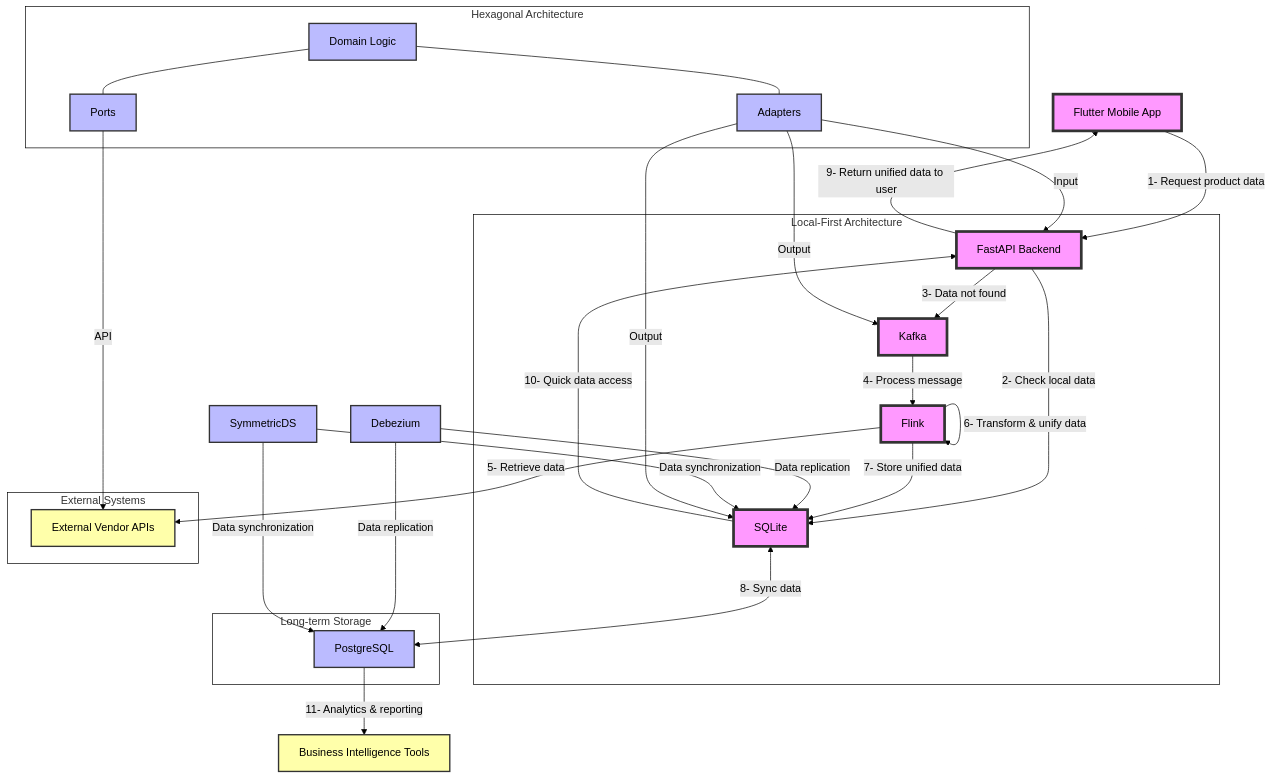
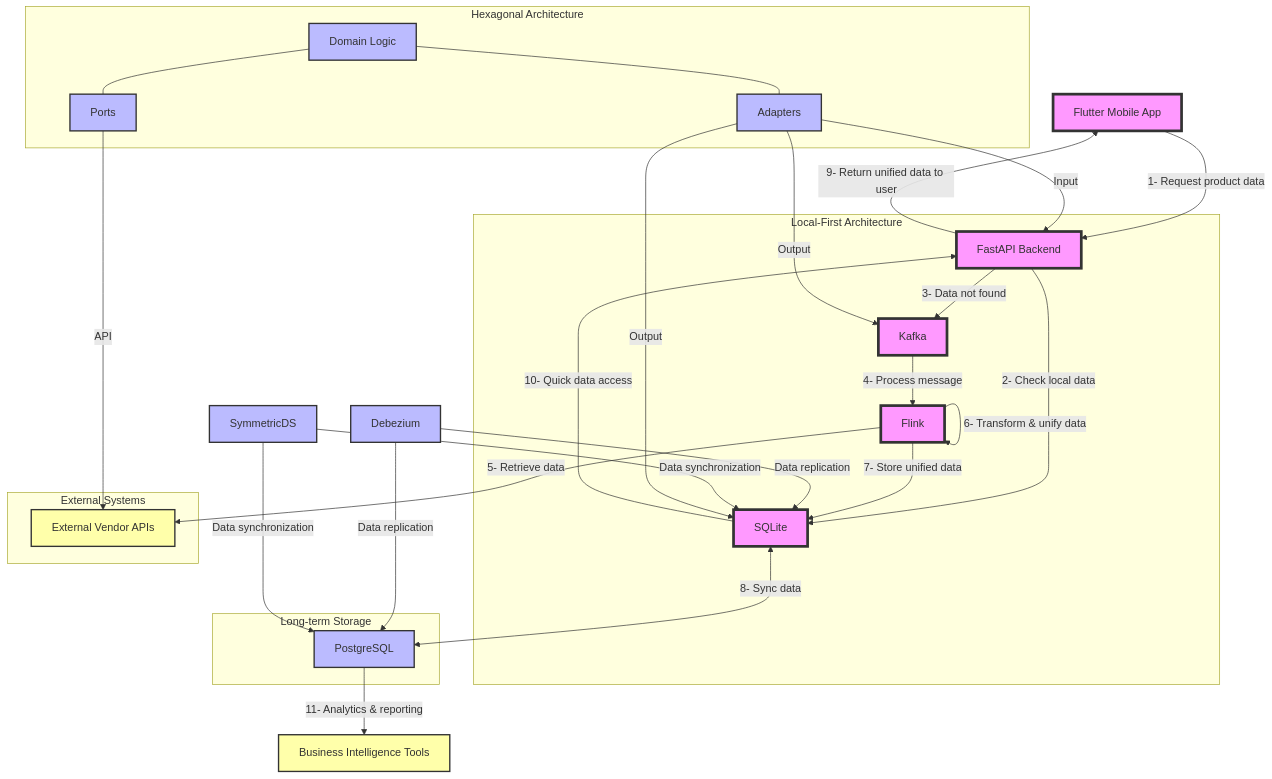
One commit to cheryiit/multivendor-catalog changed the first of 2 diagrams in readme.md. Above: the diagram before and after it, drawn with Mermaid.

````diff
--- a/readme.md
+++ b/readme.md
@@ -6,68 +6,67 @@
 ```mermaid
 %%{
   init: {
-    'theme': 'forest',
+    'theme': 'base',
     'themeVariables': {
       'background': '#ffffff',
       'primaryTextColor': '#000000',
       'lineColor': '#000000',
       'fontFamily': 'arial',
       'clusterBkg': '#ffffff',
-      'clusterBorder': '#000000'
     }
   }
 }%%
 graph TD
     A[Flutter Mobile App] -->|1- Request product data| B[FastAPI Backend]
     B -->|2- Check local data| C[SQLite]
     B -->|3- Data not found| D[Kafka]
     D -->|4- Process message| E[Flink]
     E -->|5- Retrieve data| F[External Vendor APIs]
     E -->|6- Transform & unify data| E
     E -->|7- Store unified data| C
     C <-->|8- Sync data| G[PostgreSQL]
 
     subgraph "Local-First Architecture"
         B
         C
         D
         E
     end
 
     subgraph "External Systems"
         F
     end
 
     subgraph "Long-term Storage"
         G
     end
 
     H[Debezium] -->|Data replication| C
     H -->|Data replication| G
     I[SymmetricDS] -->|Data synchronization| C
     I -->|Data synchronization| G
 
     subgraph "Hexagonal Architecture"
         J[Domain Logic]
         K[Adapters]
         L[Ports]
         J --- K
         J --- L
         K -->|Input| B
         K -->|Output| C
         K -->|Output| D
         L -->|API| F
     end
 
     B -->|9- Return unified data to user| A
     C -->|10- Quick data access| B
     G -->|11- Analytics & reporting| M[Business Intelligence Tools]
 
     classDef primary fill:#f9f,stroke:#333,stroke-width:4px;
     classDef secondary fill:#bbf,stroke:#333,stroke-width:2px;
     classDef external fill:#ffa,stroke:#333,stroke-width:2px;
 
     class A,B,C,D,E primary;
     class G,H,I,J,K,L secondary;
     class F,M external;
 ```
````
